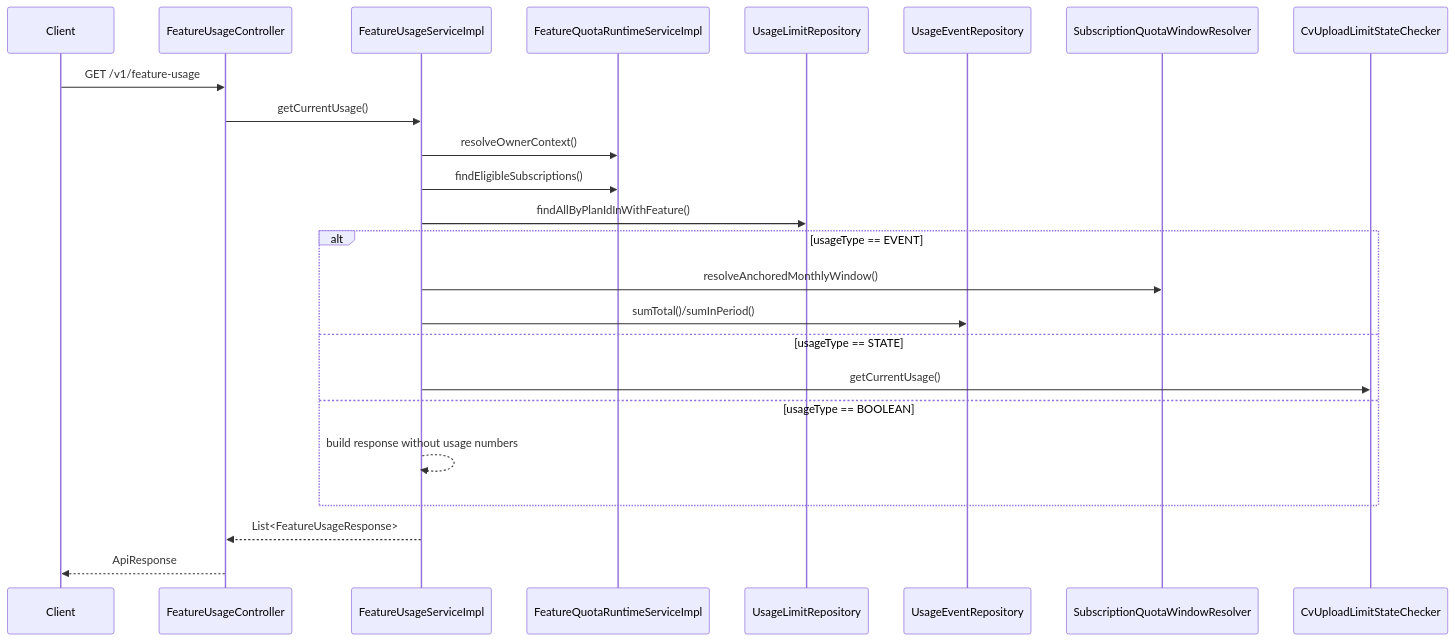
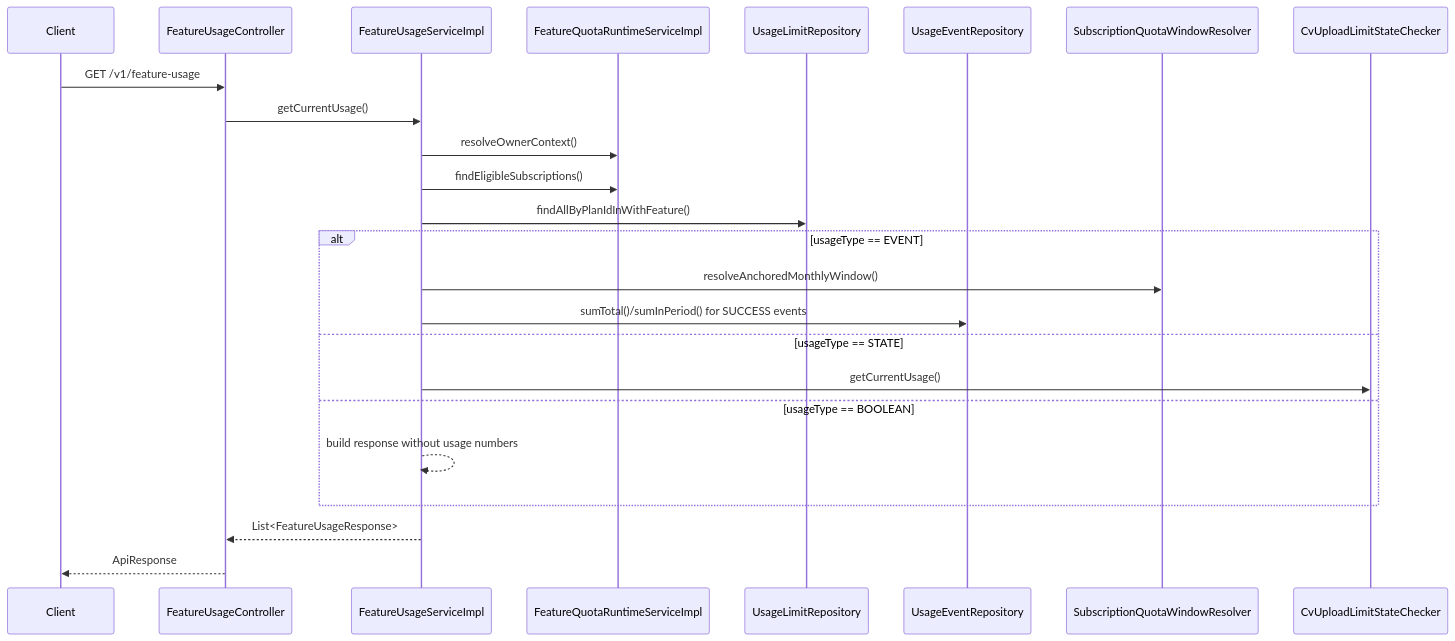
The second of 3 diagrams in docs/feature-usage-sequence.md (anhtu2808/sma-backend), drawn with Mermaid before and after one commit. The commit also changed other lines of this file and 32 other files, not shown here.

````diff
--- a/docs/feature-usage-sequence.md
+++ b/docs/feature-usage-sequence.md
@@ -48,29 +48,29 @@
 ```mermaid
 sequenceDiagram
     participant Client
     participant Controller as FeatureUsageController
     participant Service as FeatureUsageServiceImpl
     participant Runtime as FeatureQuotaRuntimeServiceImpl
     participant LimitRepo as UsageLimitRepository
     participant EventRepo as UsageEventRepository
     participant Window as SubscriptionQuotaWindowResolver
     participant StateChecker as CvUploadLimitStateChecker
 
     Client->>Controller: GET /v1/feature-usage
     Controller->>Service: getCurrentUsage()
     Service->>Runtime: resolveOwnerContext()
     Service->>Runtime: findEligibleSubscriptions()
     Service->>LimitRepo: findAllByPlanIdInWithFeature()
 
     alt usageType == EVENT
         Service->>Window: resolveAnchoredMonthlyWindow()
-        Service->>EventRepo: sumTotal()/sumInPeriod()
+        Service->>EventRepo: sumTotal()/sumInPeriod() for SUCCESS events
     else usageType == STATE
         Service->>StateChecker: getCurrentUsage()
     else usageType == BOOLEAN
         Service-->>Service: build response without usage numbers
     end
 
     Service-->>Controller: List<FeatureUsageResponse>
     Controller-->>Client: ApiResponse
 ```
````
